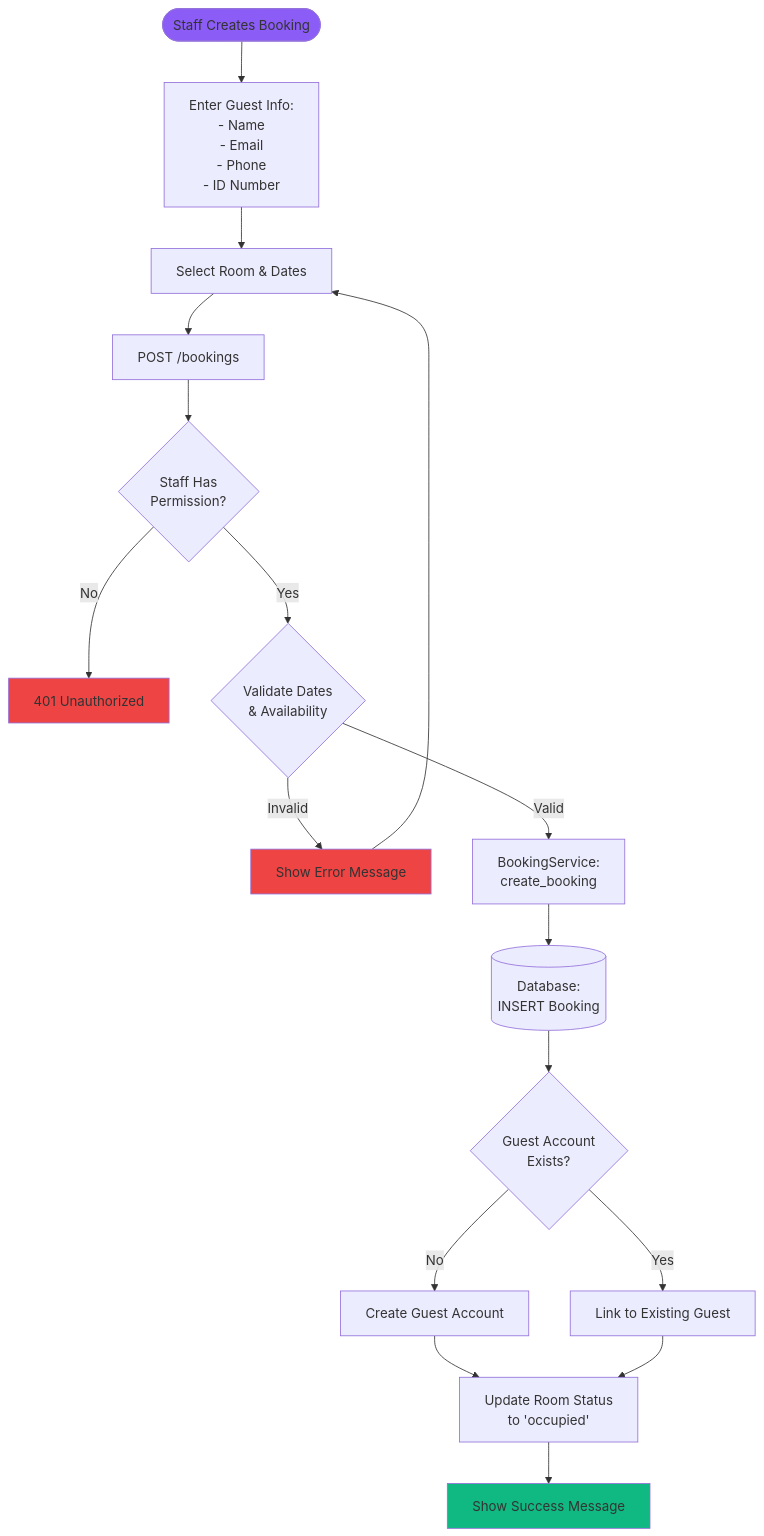
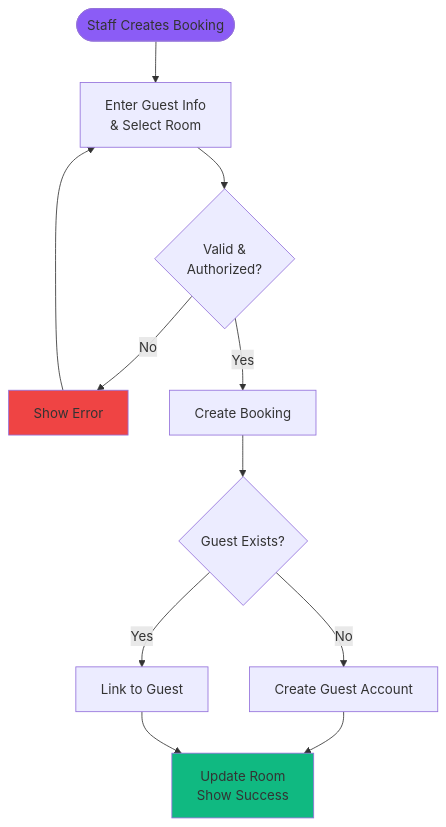
The fifth of 17 diagrams in data-flow.md (tadtd/pupinn), drawn with Mermaid before and after one commit. The commit also changed other lines of this file, not shown here.

Commit message:
chore: simple some data-flow due to the big size

````diff
--- a/data-flow.md
+++ b/data-flow.md
@@ -148,24 +140,17 @@
 ```mermaid
 flowchart TD
-    Start([Staff Creates Booking]) --> Input["Enter Guest Info:<br/>- Name<br/>- Email<br/>- Phone<br/>- ID Number"]
-    Input --> SelectRoom[Select Room & Dates]
-    SelectRoom --> API[POST /bookings]
-    API --> Auth{Staff Has<br/>Permission?}
-    Auth -->|No| Denied[401 Unauthorized]
-    Auth -->|Yes| Validate{Validate Dates<br/>& Availability}
-    Validate -->|Invalid| Error[Show Error Message]
-    Validate -->|Valid| Create[BookingService:<br/>create_booking]
-    Create --> DB1[(Database:<br/>INSERT Booking)]
-    DB1 --> GuestCheck{Guest Account<br/>Exists?}
-    GuestCheck -->|No| CreateGuest[Create Guest Account]
-    GuestCheck -->|Yes| LinkGuest[Link to Existing Guest]
-    CreateGuest --> UpdateRoom
-    LinkGuest --> UpdateRoom["Update Room Status<br/>to 'occupied'"]
-    UpdateRoom --> Notify[Show Success Message]
-    Error --> SelectRoom
+    Start([Staff Creates Booking]) --> Input["Enter Guest Info<br/>& Select Room"]
+    Input --> Validate{Valid &<br/>Authorized?}
+    Validate -->|No| Error[Show Error]
+    Validate -->|Yes| Create[Create Booking]
+    Create --> Guest{Guest Exists?}
+    Guest -->|No| NewGuest[Create Guest Account]
+    Guest -->|Yes| Link[Link to Guest]
+    NewGuest --> Success
+    Link --> Success["Update Room<br/>Show Success"]
+    Error --> Input
     
     style Start fill:#8b5cf6
-    style Notify fill:#10b981
-    style Denied fill:#ef4444
+    style Success fill:#10b981
     style Error fill:#ef4444
 ```
````
